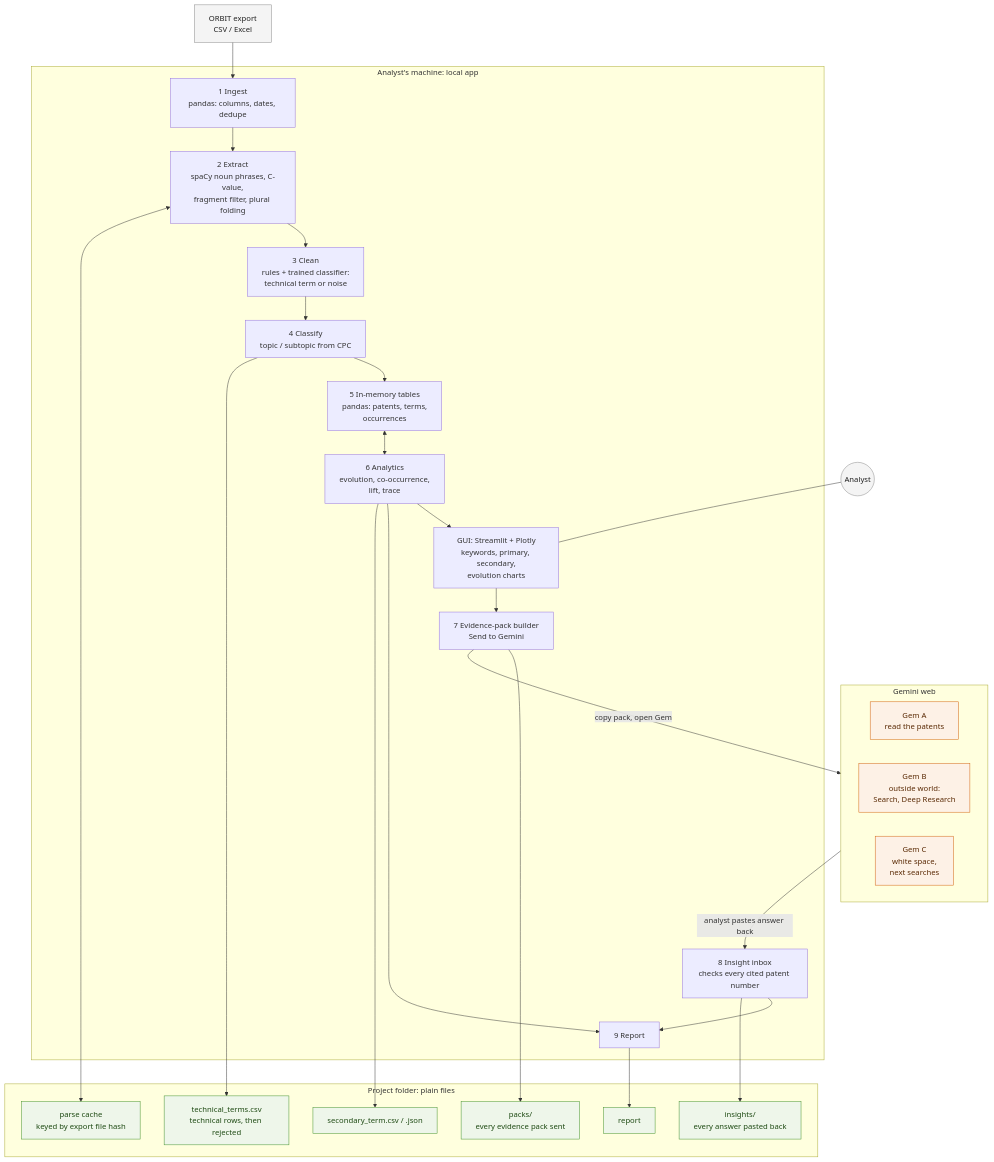
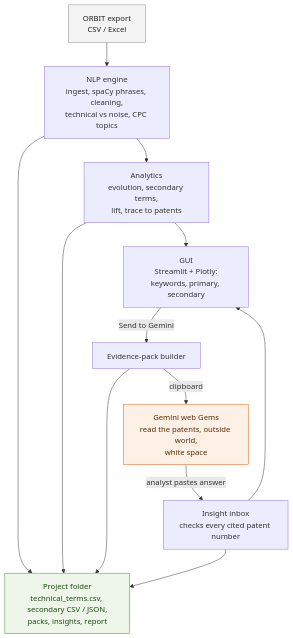
One commit to szed0/random changed the diagram in diagrams/architecture.mmd. Above: the diagram before and after it, drawn with Mermaid. The commit also changed 2 other files, not shown here.

Commit message:
Cut the architecture and dataflow diagrams to at most nine blocks

```diff
--- a/diagrams/architecture.mmd
+++ b/diagrams/architecture.mmd
@@ -1,56 +1,26 @@
 flowchart TB
     exportfile["ORBIT export<br/>CSV / Excel"]
-    analyst(("Analyst"))
+    engine["NLP engine<br/>ingest, spaCy phrases, cleaning,<br/>technical vs noise, CPC topics"]
+    analytics["Analytics<br/>evolution, secondary terms,<br/>lift, trace to patents"]
+    gui["GUI<br/>Streamlit + Plotly:<br/>keywords, primary, secondary"]
+    packer["Evidence-pack builder"]
+    gemini["Gemini web Gems<br/>read the patents, outside world,<br/>white space"]
+    inbox["Insight inbox<br/>checks every cited patent number"]
+    folder["Project folder<br/>technical_terms.csv, secondary CSV / JSON,<br/>packs, insights, report"]
 
-    subgraph LOCAL["Analyst's machine: local app"]
-        ingest["1 Ingest<br/>pandas: columns, dates, dedupe"]
-        extract["2 Extract<br/>spaCy noun phrases, C-value,<br/>fragment filter, plural folding"]
-        clean["3 Clean<br/>rules + trained classifier:<br/>technical term or noise"]
-        classify["4 Classify<br/>topic / subtopic from CPC"]
-        memory["5 In-memory tables<br/>pandas: patents, terms,<br/>occurrences"]
-        analytics["6 Analytics<br/>evolution, co-occurrence,<br/>lift, trace"]
-        gui["GUI: Streamlit + Plotly<br/>keywords, primary, secondary,<br/>evolution charts"]
-        packer["7 Evidence-pack builder<br/>Send to Gemini"]
-        inbox["8 Insight inbox<br/>checks every cited patent number"]
-        report["9 Report"]
-
-        ingest --> extract --> clean --> classify --> memory
-        memory <--> analytics
-        analytics --> gui
-        gui --> packer
-        inbox --> report
-        analytics --> report
-    end
-
-    subgraph FOLDER["Project folder: plain files"]
-        termsfile["technical_terms.csv<br/>technical rows, then rejected"]
-        secfile["secondary_term.csv / .json"]
-        packsdir["packs/<br/>every evidence pack sent"]
-        insightsdir["insights/<br/>every answer pasted back"]
-        reportfile["report"]
-        cachefile["parse cache<br/>keyed by export file hash"]
-    end
-
-    subgraph GEMINI["Gemini web"]
-        gemA["Gem A<br/>read the patents"]
-        gemB["Gem B<br/>outside world:<br/>Search, Deep Research"]
-        gemC["Gem C<br/>white space,<br/>next searches"]
-    end
-
-    exportfile --> ingest
-    analyst --- gui
-    extract <--> cachefile
-    classify --> termsfile
-    analytics --> secfile
-    packer --> packsdir
-    inbox --> insightsdir
-    report --> reportfile
-    packer -- "copy pack, open Gem" --> GEMINI
-    GEMINI -- "analyst pastes answer back" --> inbox
+    exportfile --> engine --> analytics --> gui
+    gui -- "Send to Gemini" --> packer
+    packer -- "clipboard" --> gemini
+    gemini -- "analyst pastes answer" --> inbox
+    inbox --> gui
+    engine --> folder
+    analytics --> folder
+    packer --> folder
+    inbox --> folder
 
     classDef ext fill:#f4f4f4,stroke:#888,color:#222
     classDef file fill:#eef6ea,stroke:#3f8f29,color:#1e4a13
     classDef gem fill:#fdf1e6,stroke:#d1600a,color:#5a2a05
-    class exportfile,analyst ext
-    class termsfile,secfile,packsdir,insightsdir,reportfile,cachefile file
-    class gemA,gemB,gemC gem
+    class exportfile ext
+    class folder file
+    class gemini gem
```
